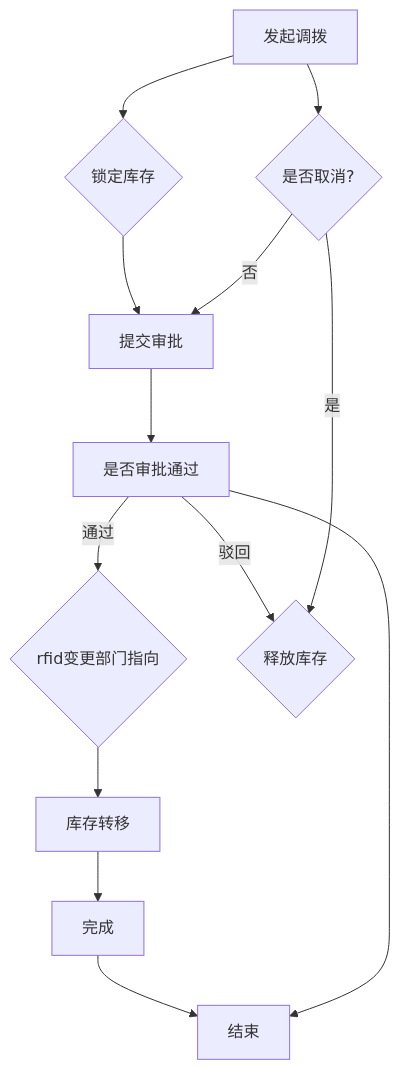
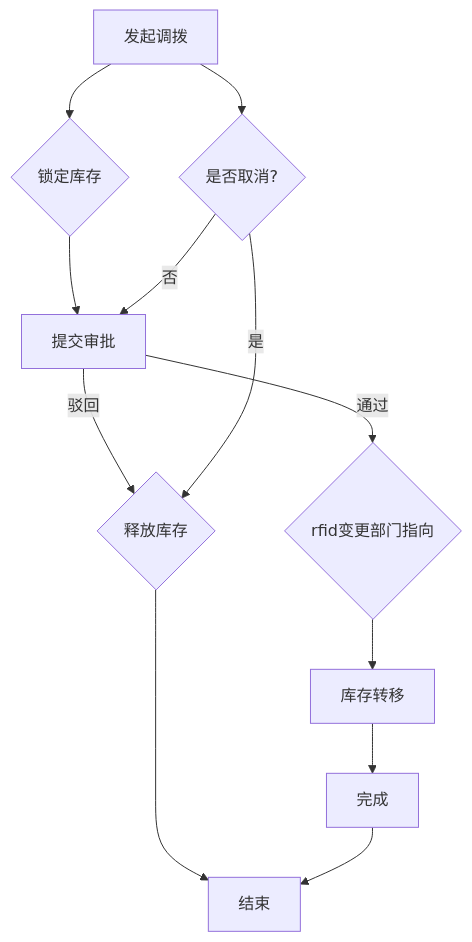
The second of 4 diagrams in 虚拟仓/prd.md (1191232345/Axure_ELSA), drawn with Mermaid before and after one commit.

Commit message:
docs: 优化调拨流程图的审批逻辑展示
简化流程图结构，移除冗余节点，使审批通过和驳回的路径更清晰

````diff
--- a/虚拟仓/prd.md
+++ b/虚拟仓/prd.md
@@ -61,17 +61,17 @@
 ```mermaid
 graph TD
     A["发起调拨"] --> B{"锁定库存"}
     B --> C["提交审批"]
-    C --> D["是否审批通过"]
-    D --> |"通过"| E{"rfid变更部门指向"}
-    D --> |"驳回"| F{"释放库存"}
+    C --> |"通过"| E{"rfid变更部门指向"}
+    C --> |"驳回"| F{"释放库存"}
     E --> G["库存转移"]
     G --> H["完成"]
+    F --> I["结束"]
     H --> I["结束"]
-    D --> I["结束"]
+ 
     
     %% 取消流程
     A --> K{"是否取消?"}
     K -->|"是"| F
     K -->|"否"| C
 ```
````
